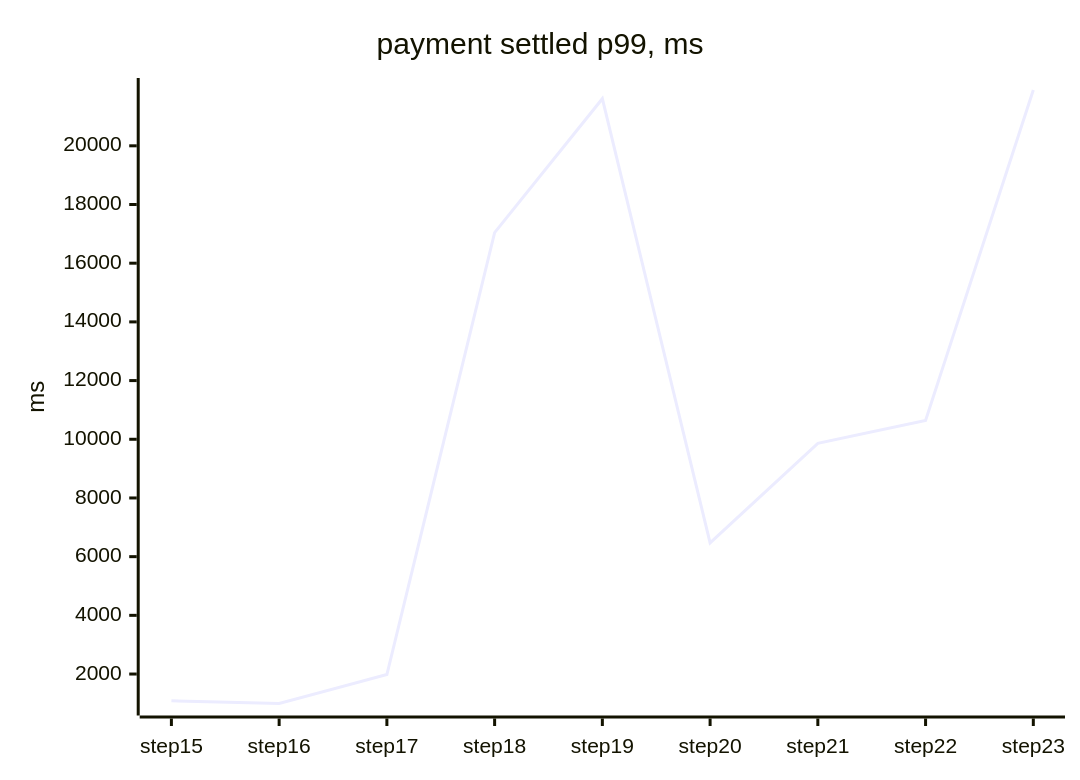
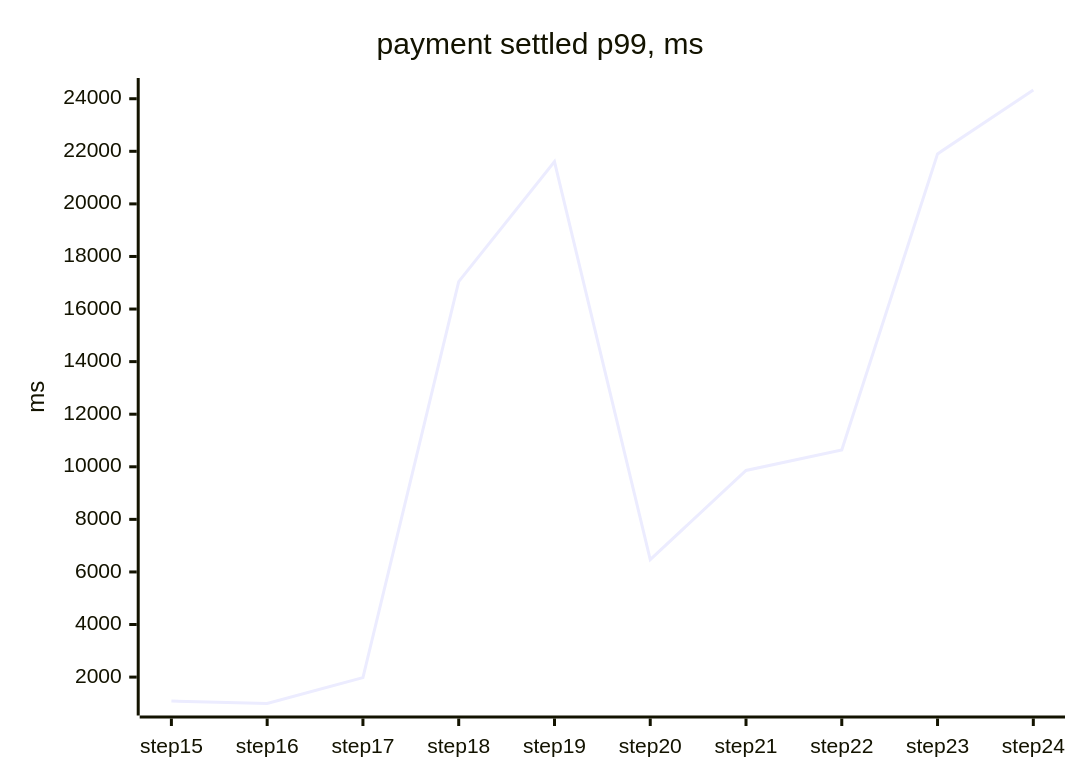
Before and after one commit to tanvoid0/ledgerflow: the fourth of 4 diagrams in docs/perf/README.md, drawn with Mermaid. The commit also changed other lines of this file and 5 other files, not shown here.

````diff
--- a/docs/perf/README.md
+++ b/docs/perf/README.md
@@ -105,7 +108,7 @@
 ```mermaid
 xychart-beta
     title "payment settled p99, ms"
-    x-axis ["step15", "step16", "step17", "step18", "step19", "step20", "step21", "step22", "step23"]
+    x-axis ["step15", "step16", "step17", "step18", "step19", "step20", "step21", "step22", "step23", "step24"]
     y-axis "ms"
-    line [1088, 996, 1982, 17042, 21606, 6472, 9862, 10643, 21902]
+    line [1088, 996, 1982, 17042, 21606, 6472, 9862, 10643, 21902, 24332]
 ```
````
